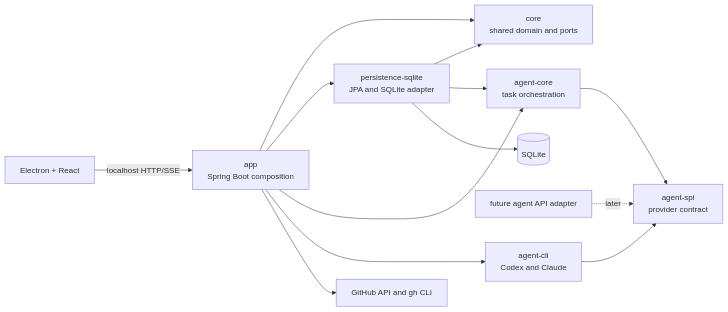
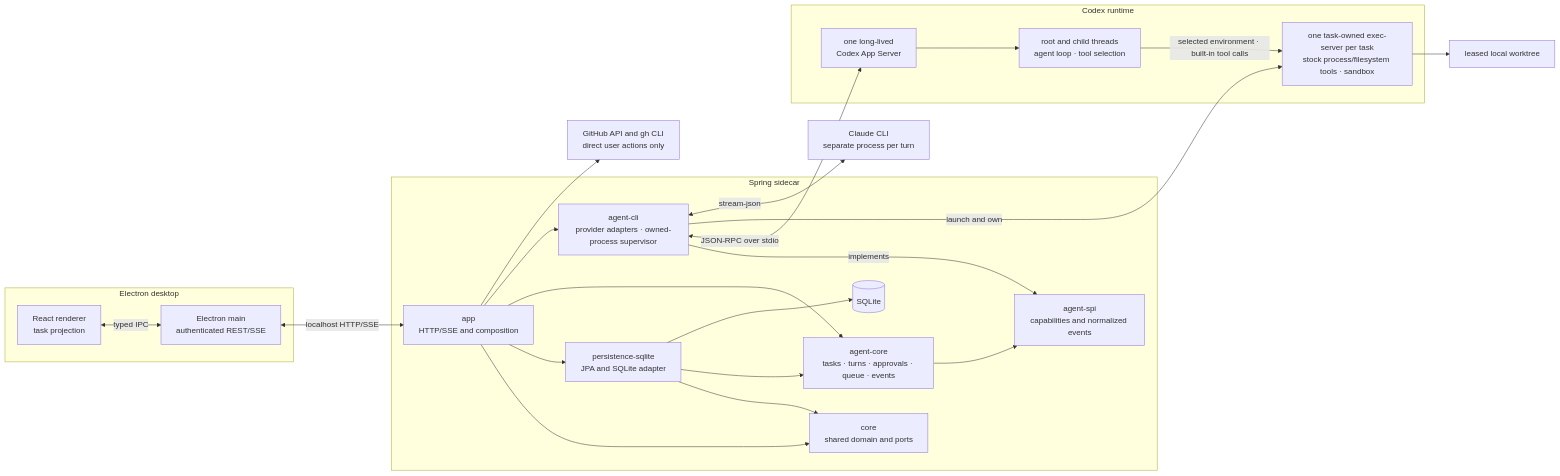
Before and after one commit to bytequay/bytequay: the diagram in docs/design/architecture.md, drawn with Mermaid. The commit also changed other lines of this file and 14 other files, not shown here.

First line of the commit message:
Add Codex App Server task foundation

````diff
--- a/docs/design/architecture.md
+++ b/docs/design/architecture.md
@@ -41,26 +47,47 @@
 ```mermaid
 flowchart LR
-    FRONTEND["Electron + React"]
-    APP["app<br/>Spring Boot composition"]
-    CORE["core<br/>shared domain and ports"]
-    DB["persistence-sqlite<br/>JPA and SQLite adapter"]
-    AGENT_CORE["agent-core<br/>task orchestration"]
-    AGENT_CLI["agent-cli<br/>Codex and Claude"]
-    AGENT_SPI["agent-spi<br/>provider contract"]
-    API["future agent API adapter"]
-    GITHUB["GitHub API and gh CLI"]
-    SQLITE[("SQLite")]
+    subgraph DESKTOP["Electron desktop"]
+        RENDERER["React renderer<br/>task projection"]
+        MAIN["Electron main<br/>authenticated REST/SSE"]
+        RENDERER <-->|"typed IPC"| MAIN
+    end
 
-    FRONTEND -->|localhost HTTP/SSE| APP
-    APP --> CORE
-    APP --> DB
-    APP --> AGENT_CORE
-    APP --> AGENT_CLI
+    subgraph BACKEND["Spring sidecar"]
+        APP["app<br/>HTTP/SSE and composition"]
+        CORE["core<br/>shared domain and ports"]
+        DB["persistence-sqlite<br/>JPA and SQLite adapter"]
+        AGENT_CORE["agent-core<br/>tasks · turns · approvals · queue · events"]
+        AGENT_CLI["agent-cli<br/>provider adapters · owned-process supervisor"]
+        AGENT_SPI["agent-spi<br/>capabilities and normalized events"]
+        SQLITE[("SQLite")]
+
+        APP --> CORE
+        APP --> DB
+        APP --> AGENT_CORE
+        APP --> AGENT_CLI
+        DB --> CORE
+        DB --> AGENT_CORE
+        DB --> SQLITE
+        AGENT_CORE --> AGENT_SPI
+        AGENT_CLI -->|"implements"| AGENT_SPI
+    end
+
+    subgraph CODEX["Codex runtime"]
+        APP_SERVER["one long-lived<br/>Codex App Server"]
+        THREADS["root and child threads<br/>agent loop · tool selection"]
+        EXEC_SERVER["one task-owned exec-server per task<br/>stock process/filesystem tools · sandbox"]
+        APP_SERVER --> THREADS
+        THREADS -->|"selected environment · built-in tool calls"| EXEC_SERVER
+    end
+
+    CLAUDE["Claude CLI<br/>separate process per turn"]
+    WORKTREE["leased local worktree"]
+    GITHUB["GitHub API and gh CLI<br/>direct user actions only"]
+
+    MAIN <-->|"localhost HTTP/SSE"| APP
     APP --> GITHUB
-    DB --> CORE
-    DB --> AGENT_CORE
-    DB --> SQLITE
-    AGENT_CORE --> AGENT_SPI
-    AGENT_CLI --> AGENT_SPI
-    API -. later .-> AGENT_SPI
+    AGENT_CLI <-->|"JSON-RPC over stdio"| APP_SERVER
+    AGENT_CLI -->|"launch and own"| EXEC_SERVER
+    AGENT_CLI <-->|"stream-json"| CLAUDE
+    EXEC_SERVER --> WORKTREE
 ```
````
